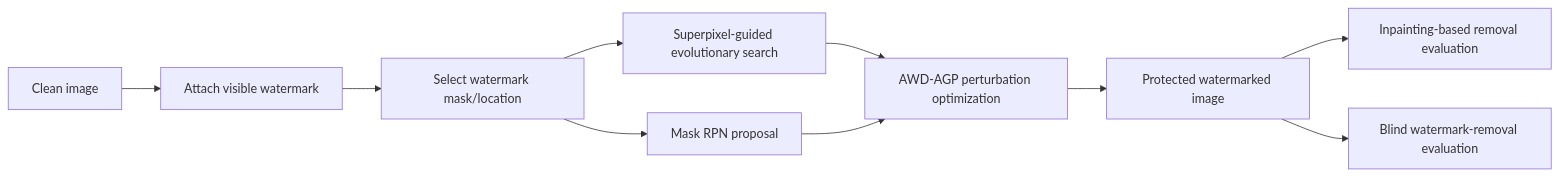
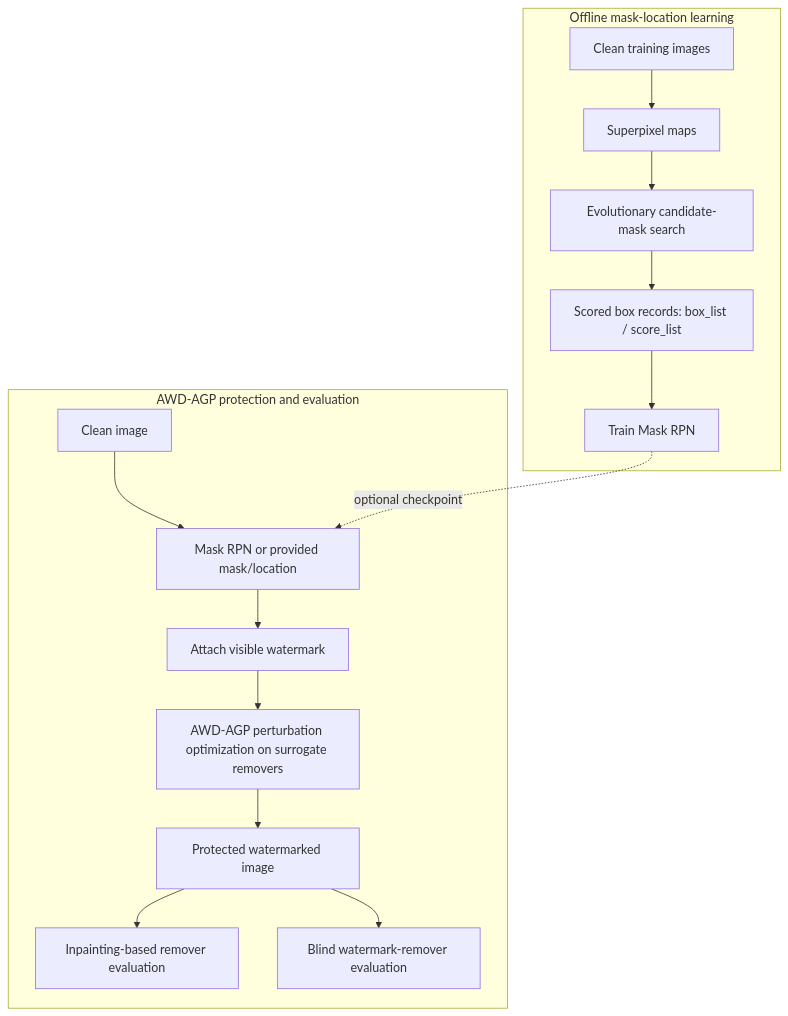
The diagram in README.md (lyumingzhi/AWD_AGP), drawn with Mermaid before and after one commit. The commit also changed other lines of this file, not shown here.

Commit message:
Correct paper framework pipeline

````diff
--- a/README.md
+++ b/README.md
@@ -16,12 +18,20 @@
 ```mermaid
-flowchart LR
-    A[Clean image] --> B[Attach visible watermark]
-    B --> C[Select watermark mask/location]
-    C --> C1[Superpixel-guided evolutionary search]
-    C --> C2[Mask RPN proposal]
-    C1 --> D[AWD-AGP perturbation optimization]
-    C2 --> D
-    D --> E[Protected watermarked image]
-    E --> F[Inpainting-based removal evaluation]
-    E --> G[Blind watermark-removal evaluation]
+flowchart TB
+    subgraph Offline[Offline mask-location learning]
+        A[Clean training images] --> B[Superpixel maps]
+        B --> C[Evolutionary candidate-mask search]
+        C --> D[Scored box records: box_list / score_list]
+        D --> E[Train Mask RPN]
+    end
+
+    subgraph Online[AWD-AGP protection and evaluation]
+        F[Clean image] --> G[Mask RPN or provided mask/location]
+        G --> H[Attach visible watermark]
+        H --> I[AWD-AGP perturbation optimization on surrogate removers]
+        I --> J[Protected watermarked image]
+        J --> K[Inpainting-based remover evaluation]
+        J --> L[Blind watermark-remover evaluation]
+    end
+
+    E -. optional checkpoint .-> G
 ```
````
